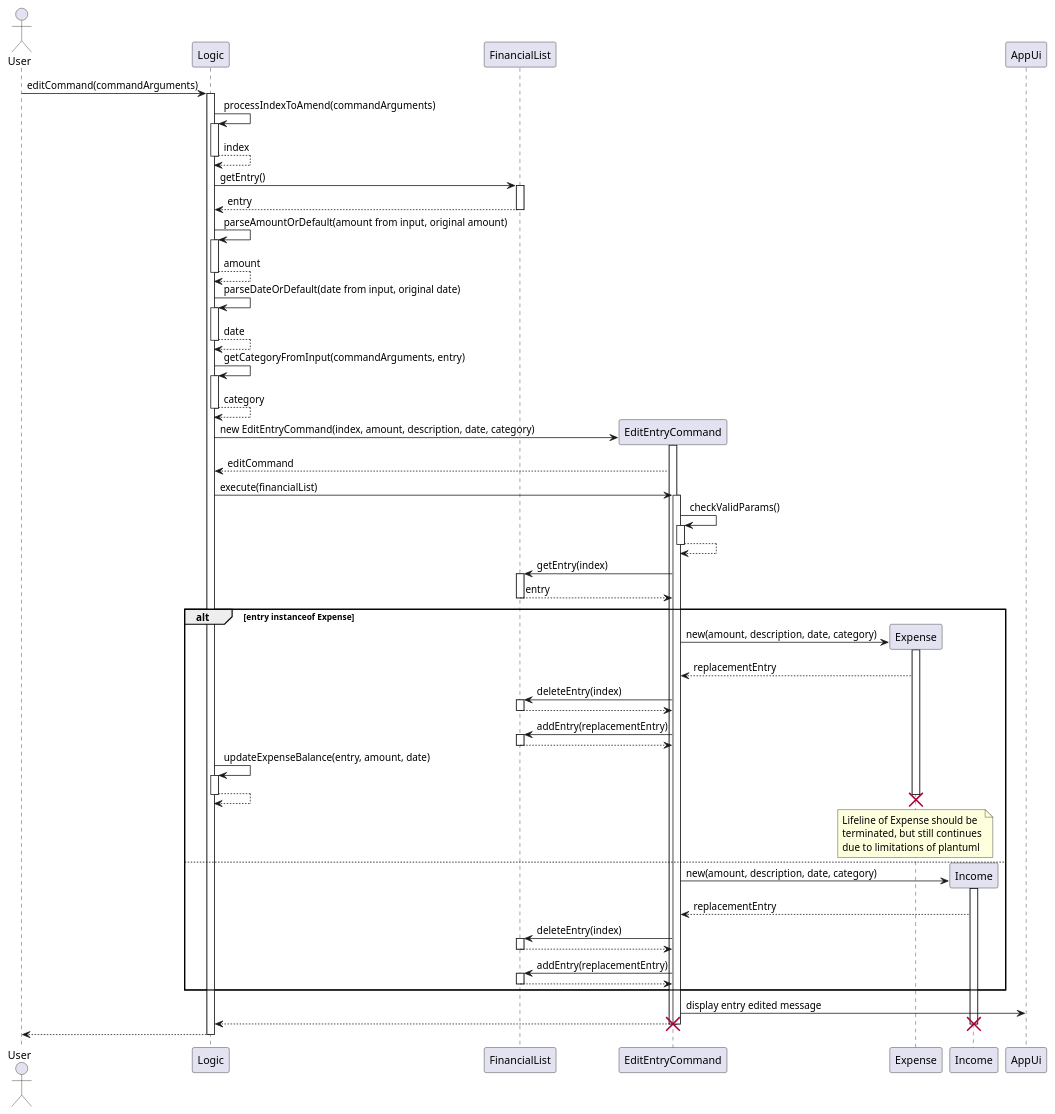
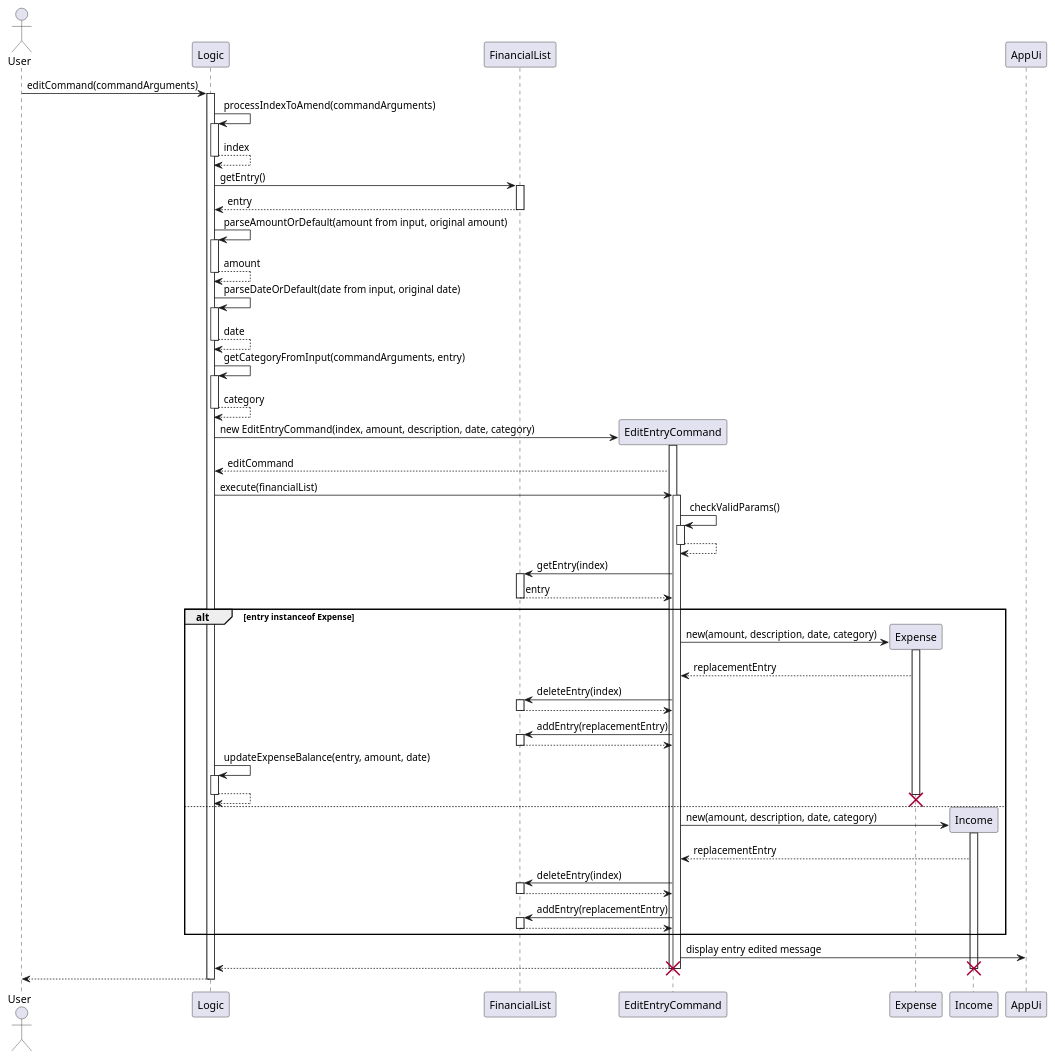
One commit to nus-cs2113-AY2425S1/tp changed the diagram in docs/UML/editEntryCommandSequence.puml. Above: the diagram before and after it, drawn with PlantUML. The commit also changed 11 other files, not shown here.

```diff
--- a/docs/UML/editEntryCommandSequence.puml
+++ b/docs/UML/editEntryCommandSequence.puml
@@ -1,94 +1,89 @@
 @startuml
 
 actor  User
 
 participant Logic
 participant FinancialList
 
 
 User -> Logic: editCommand(commandArguments)
 activate Logic
 
 Logic -> Logic: processIndexToAmend(commandArguments)
 activate Logic
 return index
 
 Logic -> FinancialList: getEntry()
 activate FinancialList
 return entry
 
 Logic -> Logic: parseAmountOrDefault(amount from input, original amount)
 activate Logic
 return amount
 
 Logic -> Logic: parseDateOrDefault(date from input, original date)
 activate Logic
 return date
 
 Logic -> Logic: getCategoryFromInput(commandArguments, entry)
 activate Logic
 return category
 
 create EditEntryCommand
 Logic -> EditEntryCommand: new EditEntryCommand(index, amount, description, date, category)
 activate EditEntryCommand
 EditEntryCommand --> Logic: editCommand
 
 Logic -> EditEntryCommand: execute(financialList)
 activate EditEntryCommand
 
 EditEntryCommand -> EditEntryCommand: checkValidParams()
 activate EditEntryCommand
 return
 
 EditEntryCommand -> FinancialList: getEntry(index)
 activate FinancialList
 return entry
 
 alt entry instanceof Expense
     Create Expense
     EditEntryCommand -> Expense: new(amount, description, date, category)
     activate Expense
     Expense --> EditEntryCommand: replacementEntry
     EditEntryCommand -> FinancialList: deleteEntry(index)
     activate FinancialList
     return
     EditEntryCommand -> FinancialList: addEntry(replacementEntry)
     activate FinancialList
     return
     Logic -> Logic: updateExpenseBalance(entry, amount, date)
     activate Logic
     return
     deactivate Expense
     destroy Expense
-    note over Expense
-            Lifeline of Expense should be
-            terminated, but still continues
-            due to limitations of plantuml
-        endnote
 else
     Create Income
     EditEntryCommand -> Income: new(amount, description, date, category)
     activate Income
     Income --> EditEntryCommand: replacementEntry
 
     EditEntryCommand -> FinancialList: deleteEntry(index)
     activate FinancialList
     return
     EditEntryCommand -> FinancialList: addEntry(replacementEntry)
     activate FinancialList
     return
 end
 
 EditEntryCommand -> AppUi: display entry edited message
 
 EditEntryCommand --> Logic
 
 deactivate Income
 destroy Income
 deactivate EditEntryCommand
 destroy EditEntryCommand
 Logic --> User
 deactivate Logic
 
 @enduml
```
